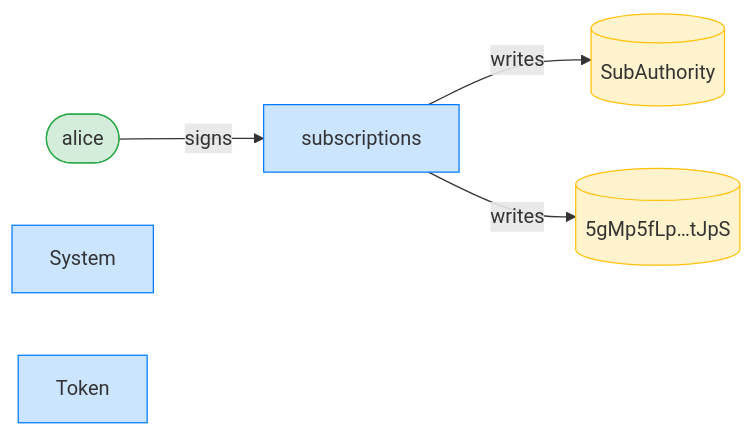
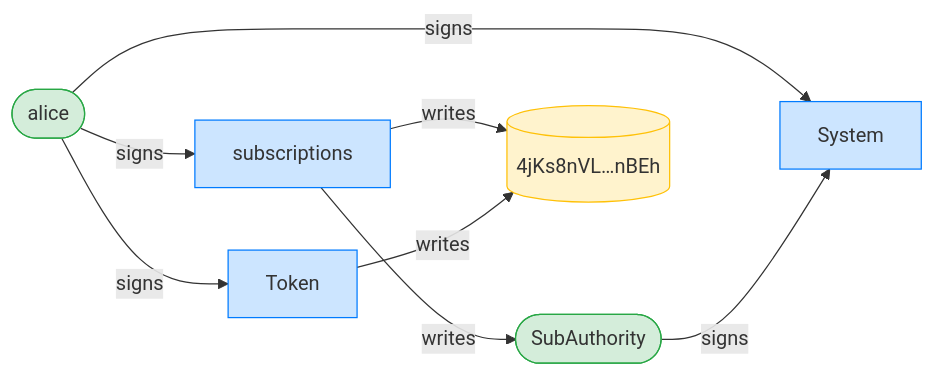
Before and after one commit to cds-rs/subscriptions: the third of 8 diagrams in dsl_tests/reject-a-duplicate-delegation-nonce.md, drawn with Mermaid. The commit also changed other lines of this file and 224 other files, not shown here.

````diff
--- a/dsl_tests/reject-a-duplicate-delegation-nonce.md
+++ b/dsl_tests/reject-a-duplicate-delegation-nonce.md
@@ -53,15 +54,19 @@
 ```mermaid
 flowchart LR
     classDef signer fill:#d4edda,stroke:#28a745;
     classDef program fill:#cce5ff,stroke:#007bff;
     classDef writable fill:#fff3cd,stroke:#ffc107;
     subscriptions[subscriptions]:::program
     alice([alice]):::signer
-    SubAuthority[(SubAuthority)]:::writable
-    5gMp5fLp_tJpS[("5gMp5fLp…tJpS")]:::writable
+    SubAuthority([SubAuthority]):::signer
+    4jKs8nVL_nBEh[("4jKs8nVL…nBEh")]:::writable
     System[System]:::program
     Token[Token]:::program
     alice -->|signs| subscriptions
+    alice -->|signs| System
+    SubAuthority -->|signs| System
+    alice -->|signs| Token
     subscriptions -->|writes| SubAuthority
-    subscriptions -->|writes| 5gMp5fLp_tJpS
+    subscriptions -->|writes| 4jKs8nVL_nBEh
+    Token -->|writes| 4jKs8nVL_nBEh
 ```
````
